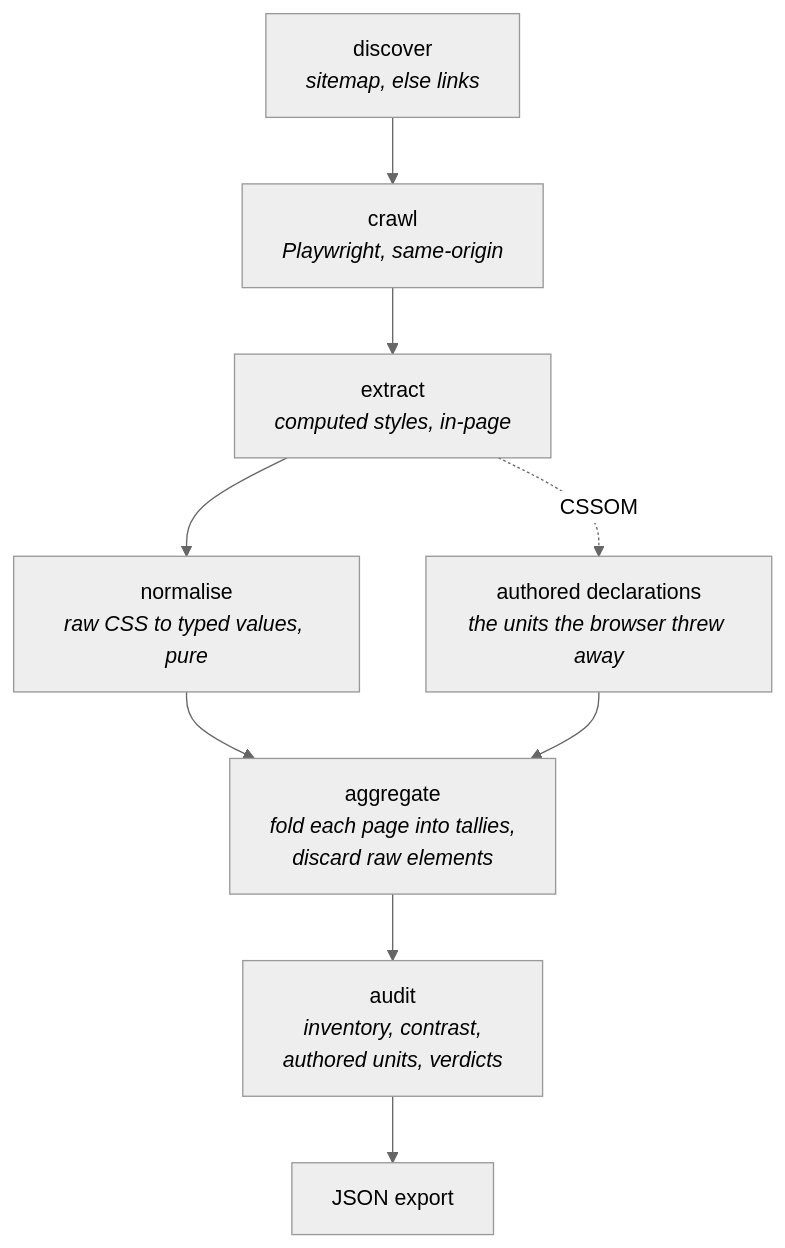
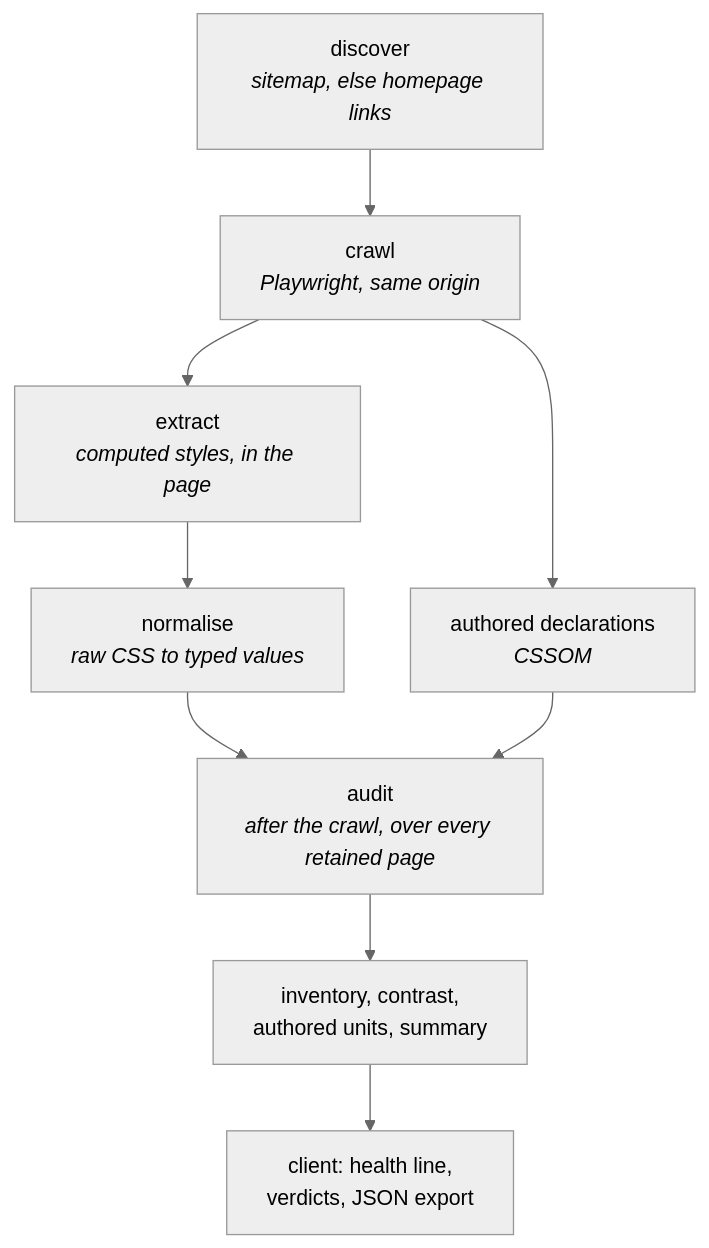
One commit to hipuku/drift changed the first of 2 diagrams in DESIGN.md. Above: the diagram before and after it, drawn with Mermaid (neutral theme). The commit also changed other lines of this file and 3 other files, not shown here.

````diff
--- a/DESIGN.md
+++ b/DESIGN.md
@@ -37,12 +23,11 @@
 ```mermaid
 flowchart TD
-    A[discover<br/><i>sitemap, else links</i>] --> B[crawl<br/><i>Playwright, same-origin</i>]
-    B --> C[extract<br/><i>computed styles, in-page</i>]
-    C --> D[normalise<br/><i>raw CSS to typed values, pure</i>]
-    D --> E[aggregate<br/><i>fold each page into tallies,<br/>discard raw elements</i>]
-    E --> F[audit<br/><i>inventory, contrast,<br/>authored units, verdicts</i>]
-    F --> G[JSON export]
-
-    C -.->|CSSOM| H[authored declarations<br/><i>the units the browser threw away</i>]
+    A[discover<br/><i>sitemap, else homepage links</i>] --> B[crawl<br/><i>Playwright, same origin</i>]
+    B --> C[extract<br/><i>computed styles, in the page</i>]
+    B --> H[authored declarations<br/><i>CSSOM</i>]
+    C --> D[normalise<br/><i>raw CSS to typed values</i>]
+    D --> E[audit<br/><i>after the crawl, over every retained page</i>]
     H --> E
+    E --> F[inventory, contrast,<br/>authored units, summary]
+    F --> G[client: health line,<br/>verdicts, JSON export]
 ```
````
